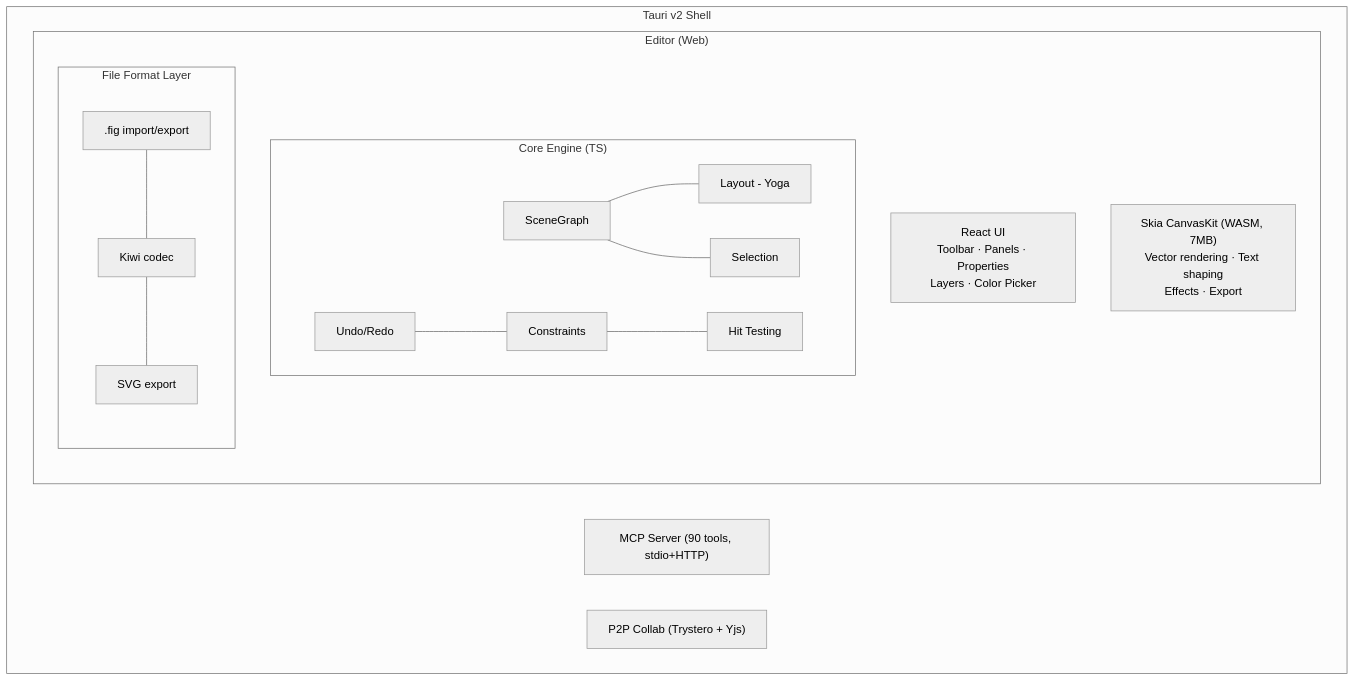
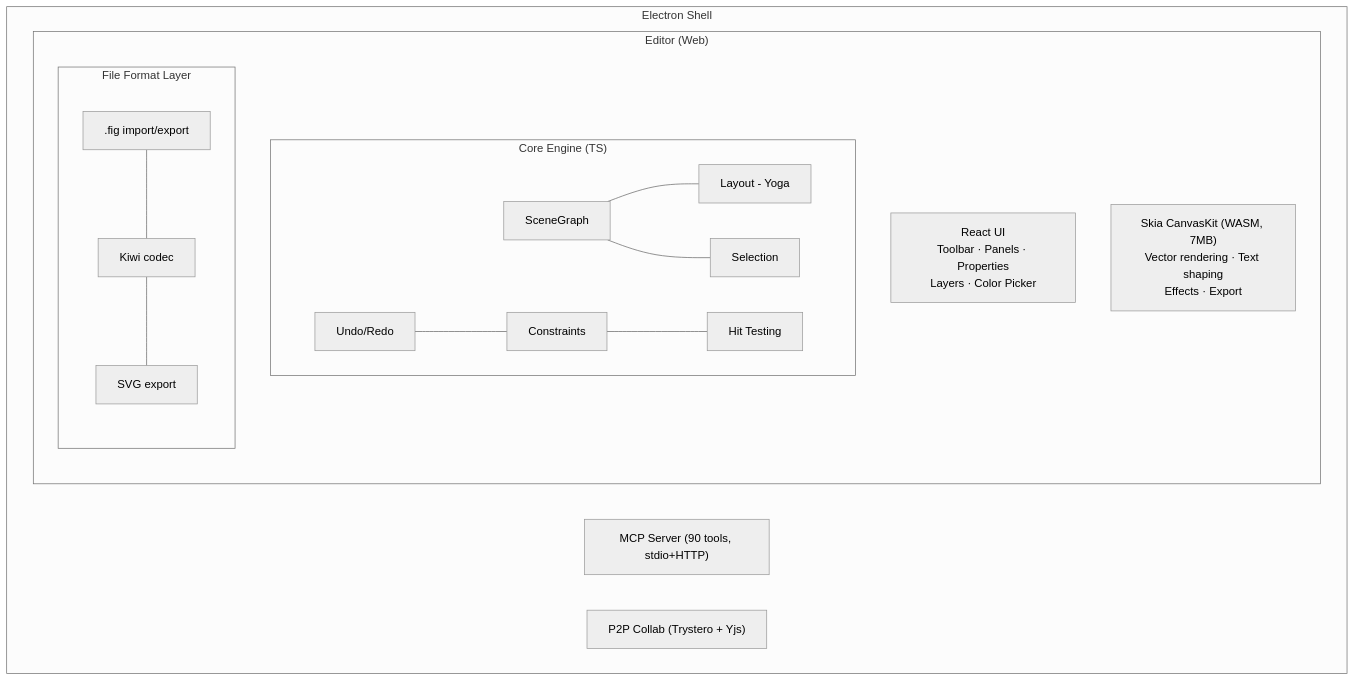
The diagram in packages/docs/guide/architecture.md (nagubathula/OpenWeave), drawn with Mermaid (neutral theme) before and after one commit. The commit also changed 116 other files, not shown here.

````diff
--- a/packages/docs/guide/architecture.md
+++ b/packages/docs/guide/architecture.md
@@ -5,21 +5,21 @@
 ```mermaid
 graph TB
-    subgraph Tauri["Tauri v2 Shell"]
+    subgraph Desktop["Electron Shell"]
         subgraph Editor["Editor (Web)"]
             UI["React UI<br/>Toolbar · Panels · Properties<br/>Layers · Color Picker"]
             Skia["Skia CanvasKit (WASM, 7MB)<br/>Vector rendering · Text shaping<br/>Effects · Export"]
             subgraph Core["Core Engine (TS)"]
                 SG[SceneGraph] --- Layout[Layout - Yoga]
                 SG --- Selection
                 Undo[Undo/Redo] --- Constraints
                 Constraints --- HitTest[Hit Testing]
             end
             subgraph FileFormat["File Format Layer"]
                 FigIO[".fig import/export"] --- Kiwi[Kiwi codec]
                 Kiwi --- SVG[SVG export]
             end
         end
         MCP["MCP Server (90 tools, stdio+HTTP)"]
         Collab["P2P Collab (Trystero + Yjs)"]
     end
 ```
````
